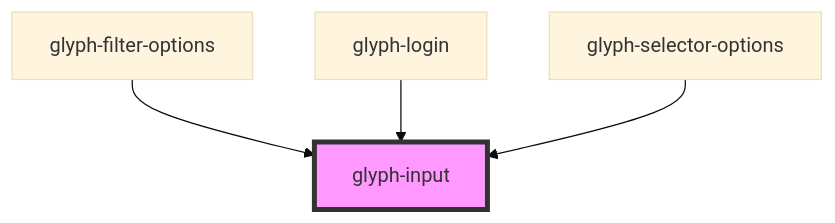
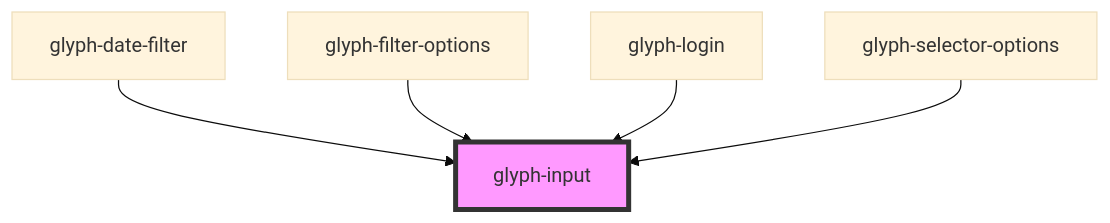
Before and after one commit to adrianiy/synth-ui: the diagram in packages/glyph-components/src/components/input/readme.md, drawn with Mermaid (base theme). The commit also changed other lines of this file and 48 other files, not shown here.

````diff
--- a/packages/glyph-components/src/components/input/readme.md
+++ b/packages/glyph-components/src/components/input/readme.md
@@ -40,7 +41,8 @@
 ```mermaid
 graph TD;
+  glyph-date-filter --> glyph-input
   glyph-filter-options --> glyph-input
   glyph-login --> glyph-input
   glyph-selector-options --> glyph-input
   style glyph-input fill:#f9f,stroke:#333,stroke-width:4px
 ```
````
